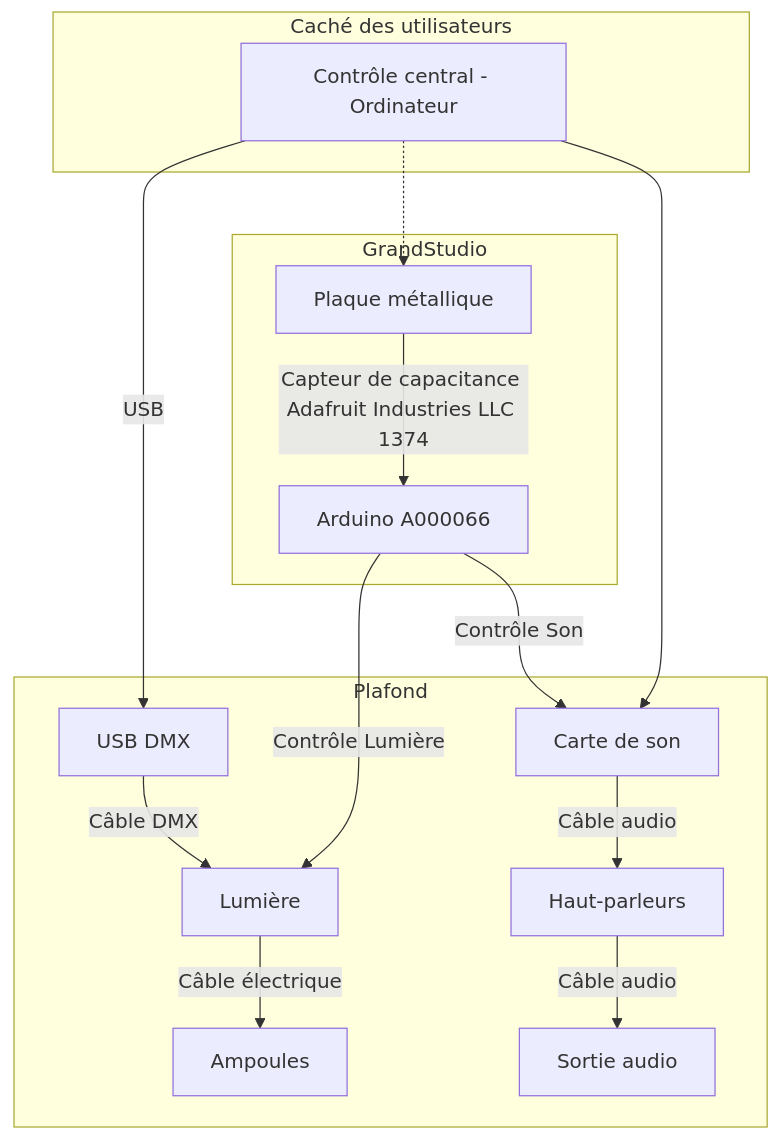
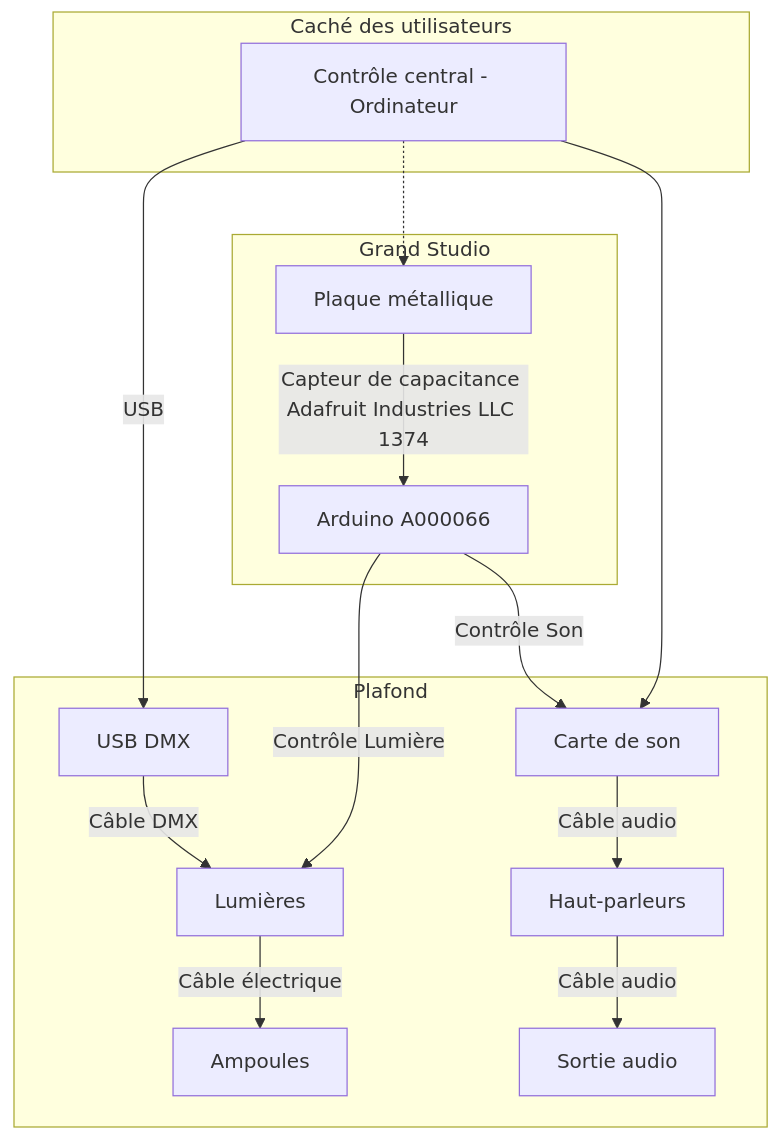
One commit to Miaou-Mafia/miaourepository changed the second of 3 diagrams in README.md. Above: the diagram before and after it, drawn with Mermaid.

````diff
--- a/README.md
+++ b/README.md
@@ -107,47 +107,47 @@
 ```mermaid
 graph TD;
 
 %% Composants
     Ordinateur[Contrôle central - Ordinateur]
     DMX[USB DMX]
-    Lumiere[Lumière]
+    Lumieres[Lumières]
     Ampoule[Ampoules]
     CarteSon[Carte de son]
     HautParleur[Haut-parleurs]
     SortieAudio[Sortie audio]
 
     PlaqueMetalique[Plaque métallique]
     ArduinoA000066[Arduino A000066]
 
     %% Emplacements
     subgraph Caché des utilisateurs
         Ordinateur
     end
 
     subgraph Plafond
         DMX
-        Lumiere
+        Lumieres
         Ampoule 
         CarteSon
         HautParleur
         SortieAudio
     end
 
-    subgraph GrandStudio
+    subgraph Grand Studio
         PlaqueMetalique
         ArduinoA000066
     end
 
     %% Connexions
     Ordinateur -->|USB| DMX
     Ordinateur --> CarteSon
     Ordinateur -.-> PlaqueMetalique
     PlaqueMetalique -->|Capteur de capacitance Adafruit Industries LLC 1374| ArduinoA000066
-    ArduinoA000066 -->|Contrôle Lumière| Lumiere
+    ArduinoA000066 -->|Contrôle Lumière| Lumieres
     ArduinoA000066 -->|Contrôle Son| CarteSon
-    DMX -->|Câble DMX| Lumiere
-    Lumiere -->|Câble électrique| Ampoule
+    DMX -->|Câble DMX| Lumieres
+    Lumieres -->|Câble électrique| Ampoule
     CarteSon -->|Câble audio| HautParleur
     HautParleur -->|Câble audio| SortieAudio
 
 ```
````
